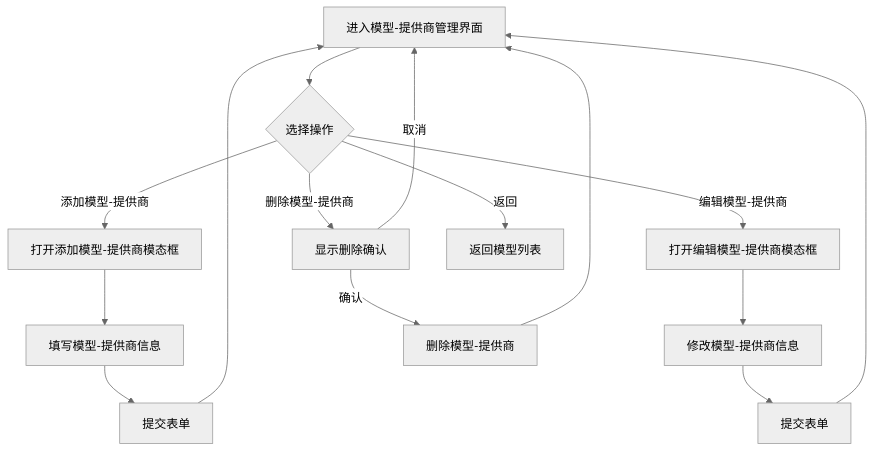
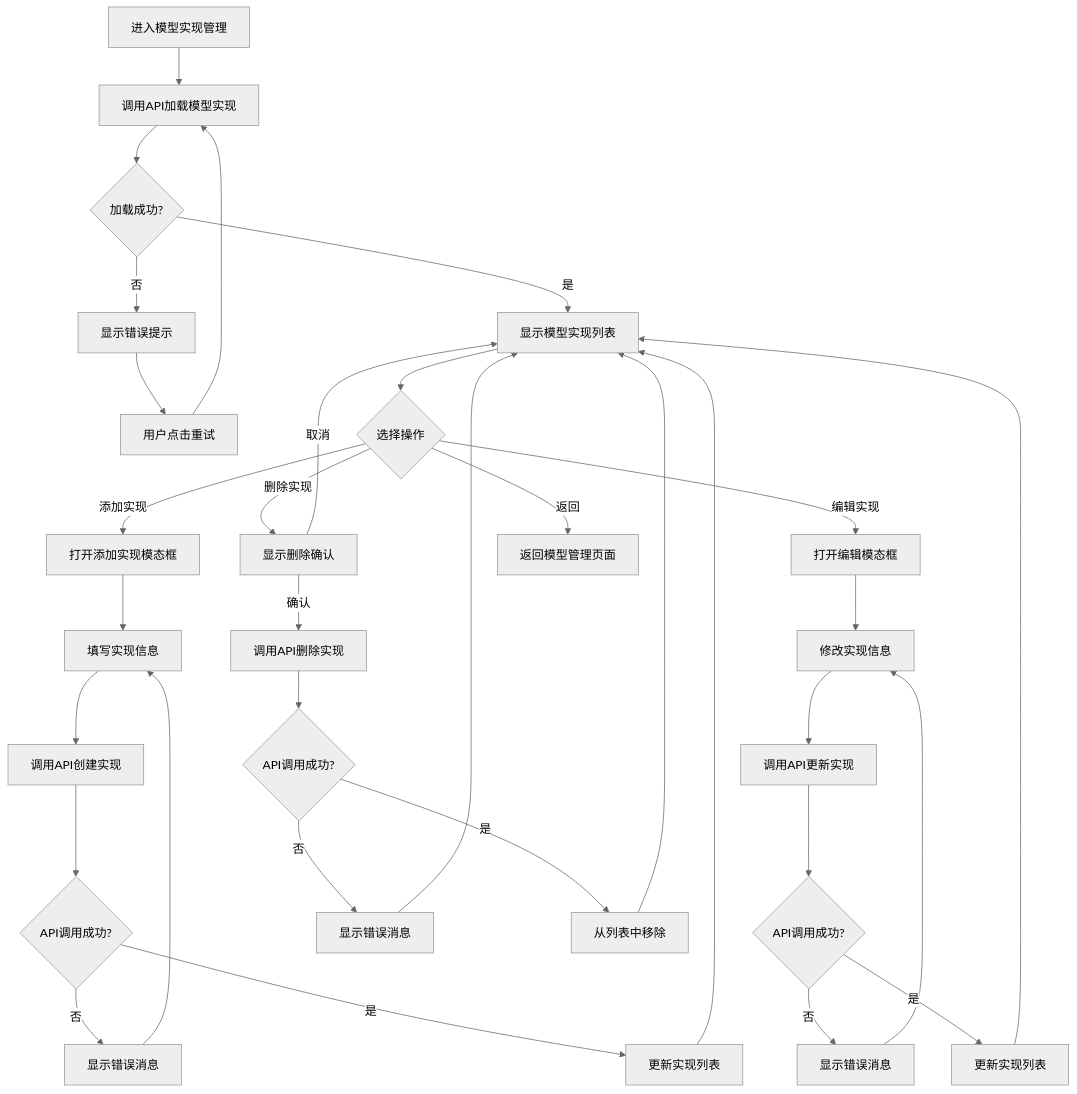
Before and after one commit to V1ki/MyAgent: the fourth of 4 diagrams in web/src/pages/Models/Readme.md, drawn with Mermaid (neutral theme). The commit also changed other lines of this file and 4 other files, not shown here.

Commit message:
Update README and model management documentation with system architecture, implemented features, and API interaction details

````diff
--- a/web/src/pages/Models/Readme.md
+++ b/web/src/pages/Models/Readme.md
@@ -191,21 +220,40 @@
 ```mermaid
 flowchart TD
-    A[进入模型-提供商管理界面] --> B{选择操作}
+    A[进入模型实现管理] --> B[调用API加载模型实现]
+    B --> C{加载成功?}
+    C -->|否| D[显示错误提示]
+    D --> E[用户点击重试]
+    E --> B
+    C -->|是| F[显示模型实现列表]
     
-    B -->|添加模型-提供商| C[打开添加模型-提供商模态框]
-    C --> D[填写模型-提供商信息]
-    D --> E[提交表单]
-    E --> A
+    F --> G{选择操作}
     
-    B -->|编辑模型-提供商| F[打开编辑模型-提供商模态框]
-    F --> G[修改模型-提供商信息]
-    G --> H[提交表单]
-    H --> A
+    G -->|添加实现| H[打开添加实现模态框]
+    H --> I[填写实现信息]
+    I --> J[调用API创建实现]
+    J --> K{API调用成功?}
+    K -->|否| L[显示错误消息]
+    L --> I
+    K -->|是| M[更新实现列表]
+    M --> F
     
-    B -->|删除模型-提供商| I[显示删除确认]
-    I -->|确认| J[删除模型-提供商]
-    I -->|取消| A
-    J --> A
+    G -->|编辑实现| N[打开编辑模态框]
+    N --> O[修改实现信息]
+    O --> P[调用API更新实现]
+    P --> Q{API调用成功?}
+    Q -->|否| R[显示错误消息]
+    R --> O
+    Q -->|是| S[更新实现列表]
+    S --> F
     
-    B -->|返回| K[返回模型列表]
+    G -->|删除实现| T[显示删除确认]
+    T -->|确认| U[调用API删除实现]
+    U --> V{API调用成功?}
+    V -->|否| W[显示错误消息]
+    W --> F
+    V -->|是| X[从列表中移除]
+    X --> F
+    T -->|取消| F
+    
+    G -->|返回| Y[返回模型管理页面]
 ```
````
